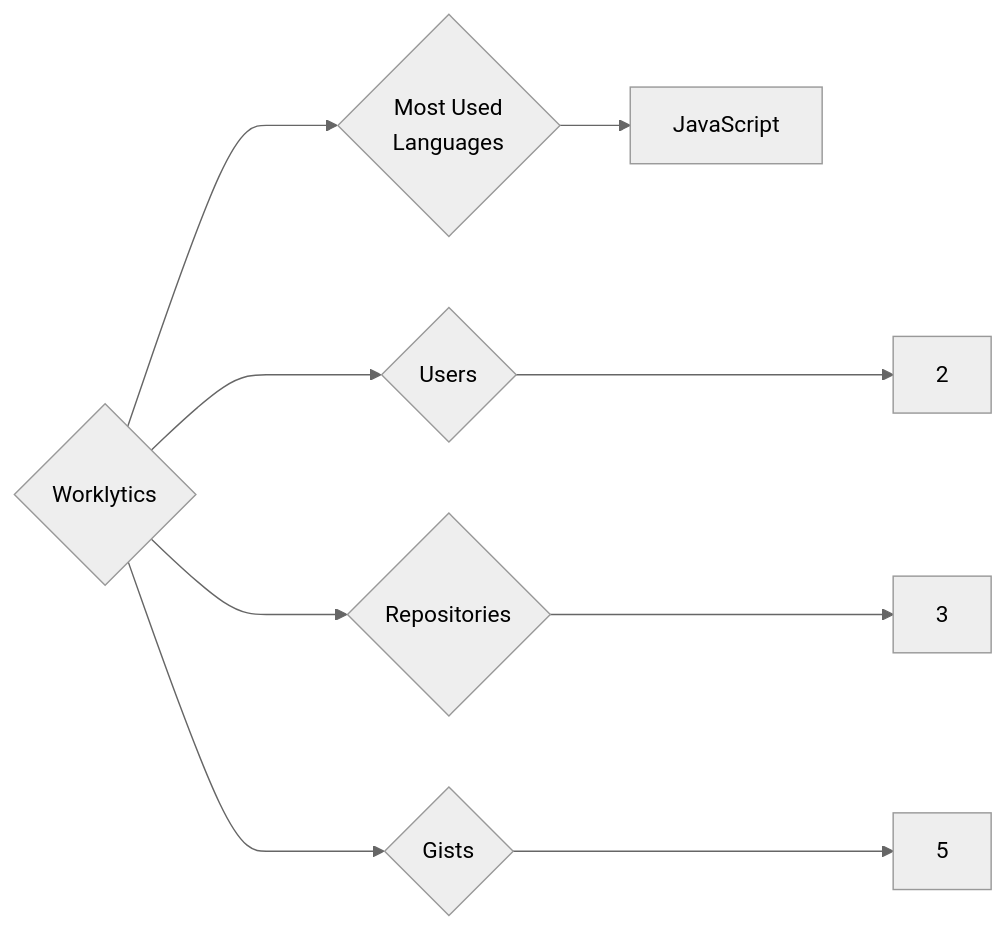
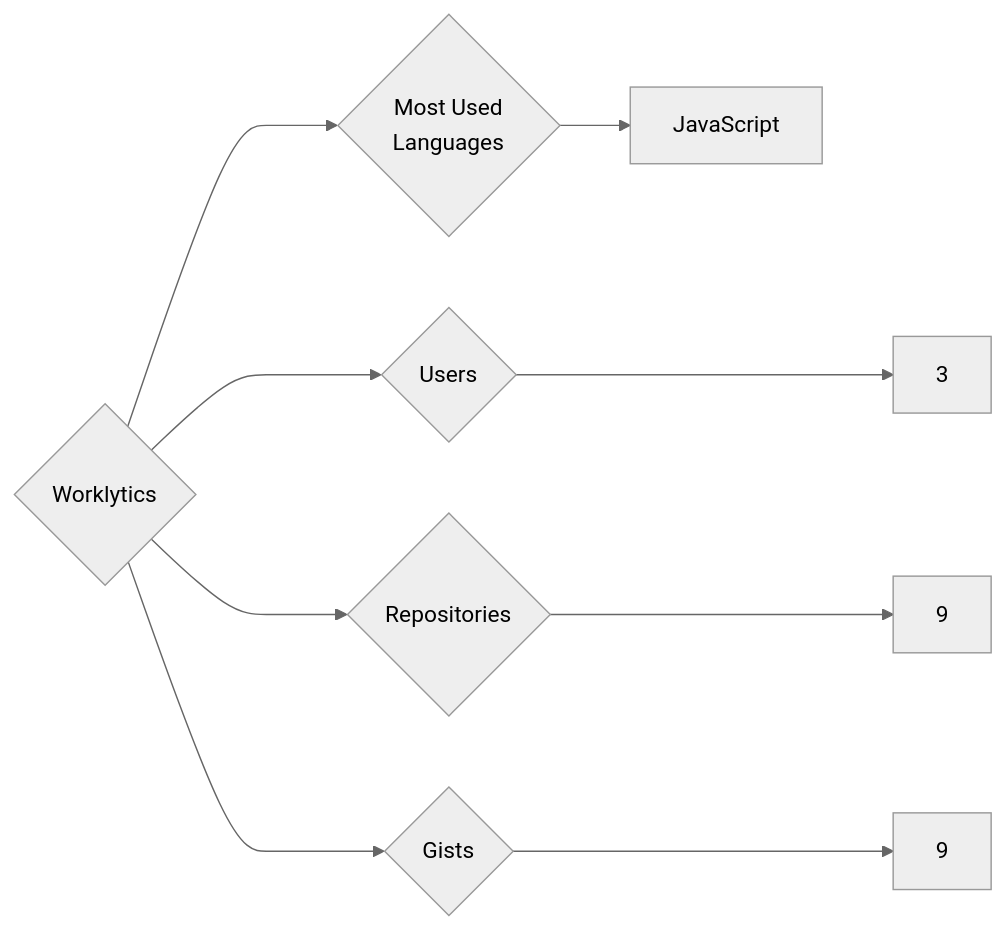
The diagram in targets/Worklytics/README.md (trickest/insiders), drawn with Mermaid (neutral theme) before and after one commit. The commit also changed 815 other files, not shown here.

````diff
--- a/targets/Worklytics/README.md
+++ b/targets/Worklytics/README.md
@@ -3,9 +3,9 @@
 ```mermaid
 graph LR
 COMPANY_NAME{Worklytics}
-COMPANY_NAME ---> U{Users} ---> UN[2]
-COMPANY_NAME ---> R{Repositories} ---> RN[3]
-COMPANY_NAME ---> G{Gists} ---> GN[5]
+COMPANY_NAME ---> U{Users} ---> UN[3]
+COMPANY_NAME ---> R{Repositories} ---> RN[9]
+COMPANY_NAME ---> G{Gists} ---> GN[9]
 COMPANY_NAME ---> ML{Most Used<br>Languages}
 ML --> JavaScript[JavaScript]
 ```
````
